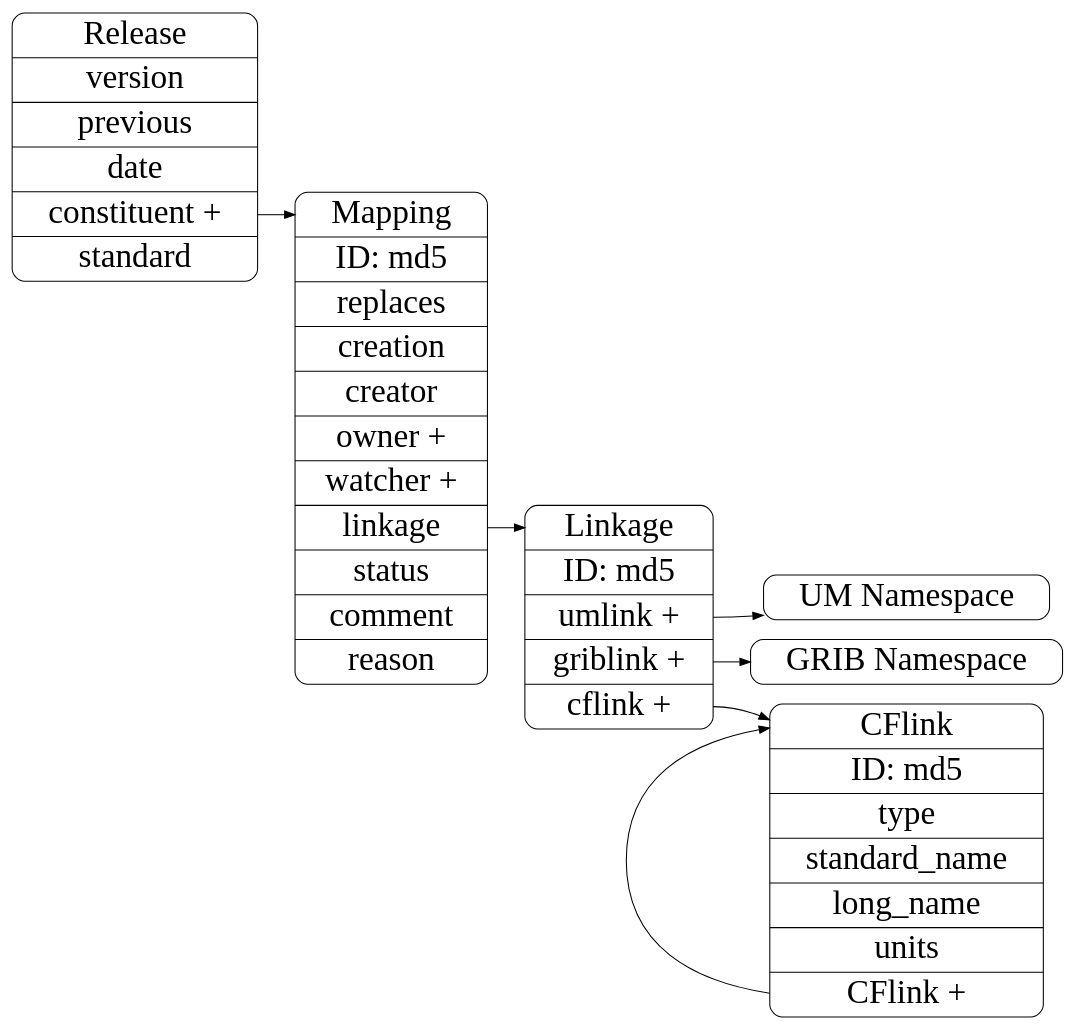
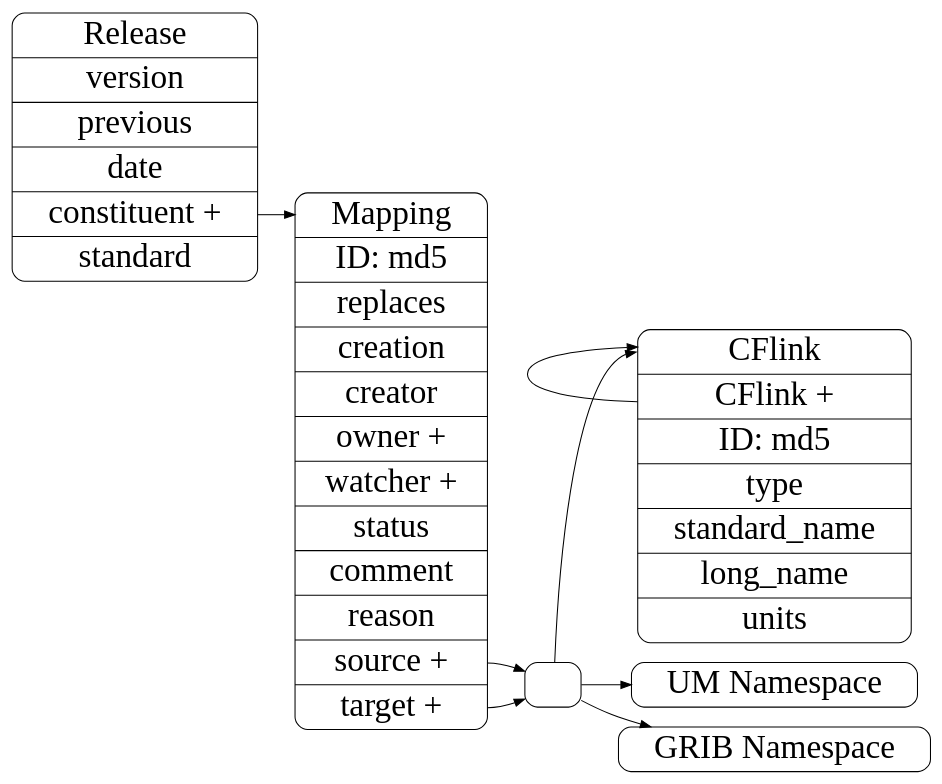
One commit to metarelate/metOcean-mapping changed the diagram in docs/source/developer/design/records.dot. Above: the diagram before and after it, drawn with Graphviz. The commit also changed 9 other files, not shown here.

```diff
--- a/docs/source/developer/design/records.dot
+++ b/docs/source/developer/design/records.dot
@@ -1,58 +1,61 @@
 digraph records {
 
 ## basic setup 
 
    	rankdir = LR;
         node [
         fontsize = 32,
         shape = Mrecord
         ];
 
         edge [
         fontsize = 24
         ];
 
 ## class definitions
 
    	cflink [
-	label = "<title> CFlink |ID: md5 |<type>type |<sn>standard_name |<ln>long_name |<units>units|<cflink>CFlink + "
+	label = "<title> CFlink |<cflink>CFlink + |ID: md5 |<type>type |<sn>standard_name |<ln>long_name |<units>units"
 	];
 
-        linkage [
-	label = "<title> Linkage |ID: md5 |<umlink>umlink + |<griblink>griblink + |<cflink>cflink + "
+
+	mapping [
+	label = "<title> Mapping |ID: md5 |replaces |creation |creator |owner + |watcher + |status |comment |reason |<source> source + |<target> target +"
 	];
 
-	mapping [
-	label = "<title> Mapping |ID: md5 |replaces |creation |creator |owner + |watcher + |<plink>linkage |status |comment |reason "
+	formitem [
+	label = ""
 	];
 
 	release [
 	label = "<title> Release |version|previous|date|<con>constituent + |standard"
 	];
 
 
 	um [
 	label = "UM Namespace"
 	];
 
 	grib [
 	label = "GRIB Namespace"
 	];
 
 
 
 ## relations
 
-	mapping:plink -> linkage:title;
-
 	release:con -> mapping:title
 
-	linkage:umlink -> um
+	mapping:source -> formitem
 
-	linkage:griblink -> grib
+	mapping:target -> formitem
 
-	linkage:cflink -> cflink
+	formitem -> um
+
+	formitem -> grib
+
+	formitem -> cflink:title
 
 	cflink:cflink -> cflink:title 
 
 }
```
